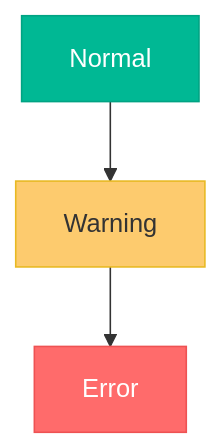
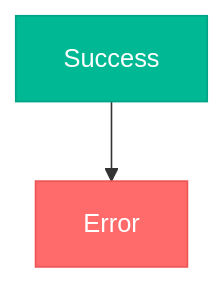
The second of 2 diagrams in plugins/general/skills/mermaid-diagrams/references/advanced-features.md (el-feo/ai-context), drawn with Mermaid before and after one commit. The commit also changed other lines of this file and 8 other files, not shown here.

First line of the commit message:
refactor(general): reduce mermaid-diagrams SKILL.md and trim oversized references (#207)

````diff
--- a/plugins/general/skills/mermaid-diagrams/references/advanced-features.md
+++ b/plugins/general/skills/mermaid-diagrams/references/advanced-features.md
@@ -199,12 +76,8 @@
 ```mermaid
 flowchart TD
-    A[Normal]:::success
-    B[Warning]:::warning
-    C[Error]:::error
-    
+    A[Success]:::success
+    B[Error]:::error
     classDef success fill:#00b894,stroke:#00a383,color:#fff
-    classDef warning fill:#fdcb6e,stroke:#e8b923,color:#333
     classDef error fill:#ff6b6b,stroke:#ee5253,color:#fff
-    
-    A --> B --> C
+    A --> B
 ```
````
